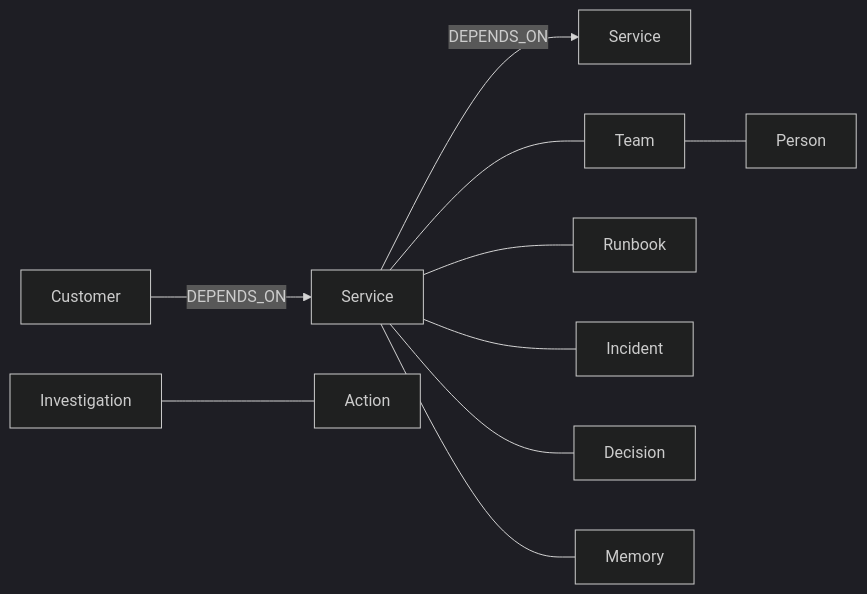
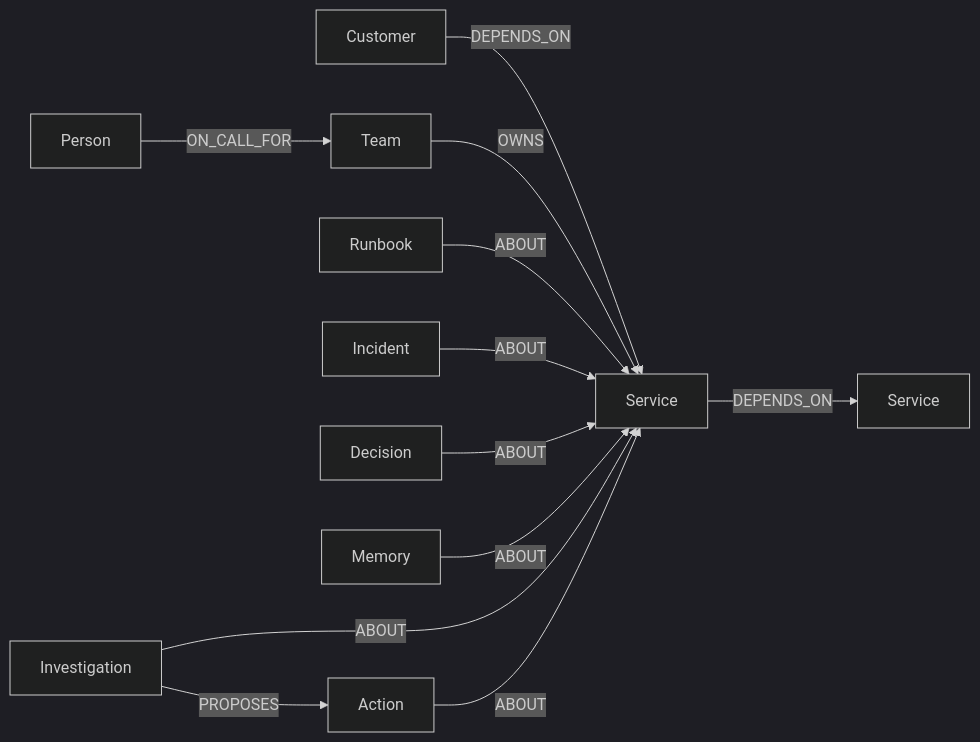
Before and after one commit to RavitejaKarra24/faultline-graph-agent: the second of 2 diagrams in README.md, drawn with Mermaid (dark theme). The commit also changed other lines of this file and 11 other files, not shown here.

````diff
--- a/README.md
+++ b/README.md
@@ -113,12 +124,14 @@
 ```mermaid
 graph LR
     Customer -->|DEPENDS_ON| Service
     Service -->|DEPENDS_ON| OtherService[Service]
-    Service --- Team
-    Team --- Person
-    Service --- Runbook
-    Service --- Incident
-    Service --- Decision
-    Service --- Memory
-    Investigation --- Action
+    Team -->|OWNS| Service
+    Person -->|ON_CALL_FOR| Team
+    Runbook -->|ABOUT| Service
+    Incident -->|ABOUT| Service
+    Decision -->|ABOUT| Service
+    Memory -->|ABOUT| Service
+    Investigation -->|ABOUT| Service
+    Investigation -->|PROPOSES| Action
+    Action -->|ABOUT| Service
 ```
````
